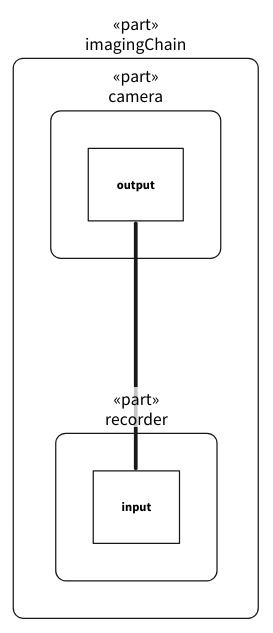
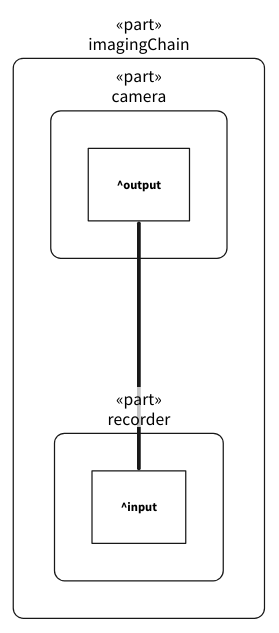
One commit to Open-MBEE/OpenSysML changed the first of 2 diagrams in internal/doc/docrender/testdata/telescope_report.d2.golden.md. Above: the diagram before and after it, drawn with D2. The commit also changed 192 other files, not shown here.

````diff
--- a/internal/doc/docrender/testdata/telescope_report.d2.golden.md
+++ b/internal/doc/docrender/testdata/telescope_report.d2.golden.md
@@ -83,20 +83,20 @@
 ```d2
 # Observatory::interconnectView — interconnection rendering (render asInterconnectionDiagram)
 classes: {
   usage: { style: { fill: white; stroke: "#181818"; stroke-width: 1; font-color: black; font-size: 14; border-radius: 8 } }
   pin: { style: { fill: white; stroke: "#181818"; stroke-width: 1; font-color: black; font-size: 10 } }
   connection: { style: { stroke: "#181818"; font-size: 13; font-color: black; stroke-width: 3 } }
 }
 n0: "«part»\nimagingChain" {
   class: usage
   n1: "«part»\ncamera" {
     class: usage
-    "n1.0": "output" { class: pin }
+    "n1.0": "^output" { class: pin }
   }
   n2: "«part»\nrecorder" {
     class: usage
-    "n2.0": "input" { class: pin }
+    "n2.0": "^input" { class: pin }
   }
 }
 n0.n1."n1.0" -- n0.n2."n2.0": { class: connection }
 ```
````
